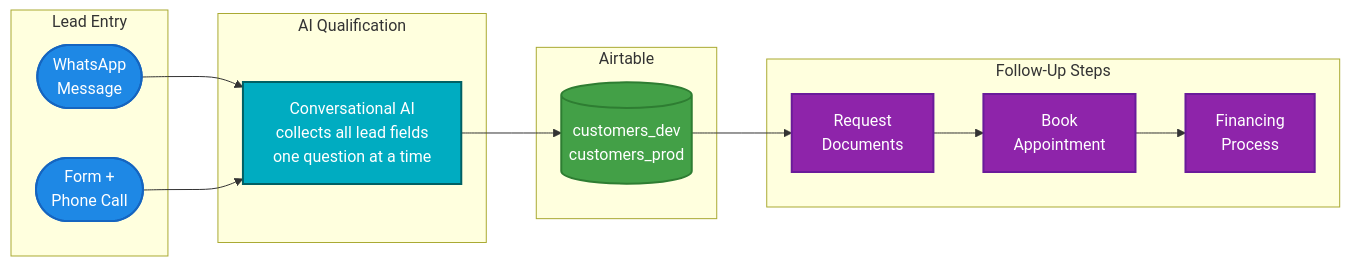
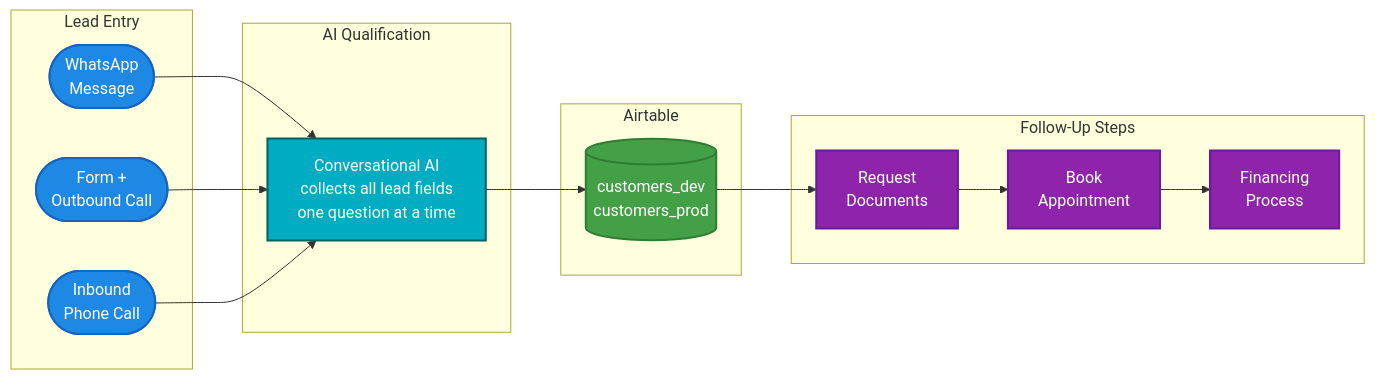
One commit to kameni-immo/kameni-n8n-automation changed the first of 3 diagrams in docs/lead-process.md. Above: the diagram before and after it, drawn with Mermaid. The commit also changed other lines of this file and 4 other files, not shown here.

````diff
--- a/docs/lead-process.md
+++ b/docs/lead-process.md
@@ -19,31 +19,33 @@
 ```mermaid
 flowchart LR
     classDef entry    fill:#1E88E5,color:#fff,stroke:#1565C0,stroke-width:2px
     classDef ai       fill:#00ACC1,color:#fff,stroke:#006064,stroke-width:2px
     classDef storage  fill:#43A047,color:#fff,stroke:#2E7D32,stroke-width:2px
     classDef followup fill:#8E24AA,color:#fff,stroke:#6A1B9A,stroke-width:2px
 
     subgraph IN ["  Lead Entry  "]
         WA(["WhatsApp<br/>Message"]):::entry
-        PH(["Form +<br/>Phone Call"]):::entry
+        PH(["Form +<br/>Outbound Call"]):::entry
+        IB(["Inbound<br/>Phone Call"]):::entry
     end
 
     subgraph QUAL ["  AI Qualification  "]
         AI["Conversational AI<br/>collects all lead fields<br/>one question at a time"]:::ai
     end
 
     subgraph DB ["  Airtable  "]
         AT[("customers_dev<br/>customers_prod")]:::storage
     end
 
     subgraph NEXT ["  Follow-Up Steps  "]
         DOC["Request<br/>Documents"]:::followup
         APT["Book<br/>Appointment"]:::followup
         FIN["Financing<br/>Process"]:::followup
     end
 
     WA --> AI
     PH --> AI
+    IB --> AI
     AI --> AT
     AT --> DOC --> APT --> FIN
 ```
````
